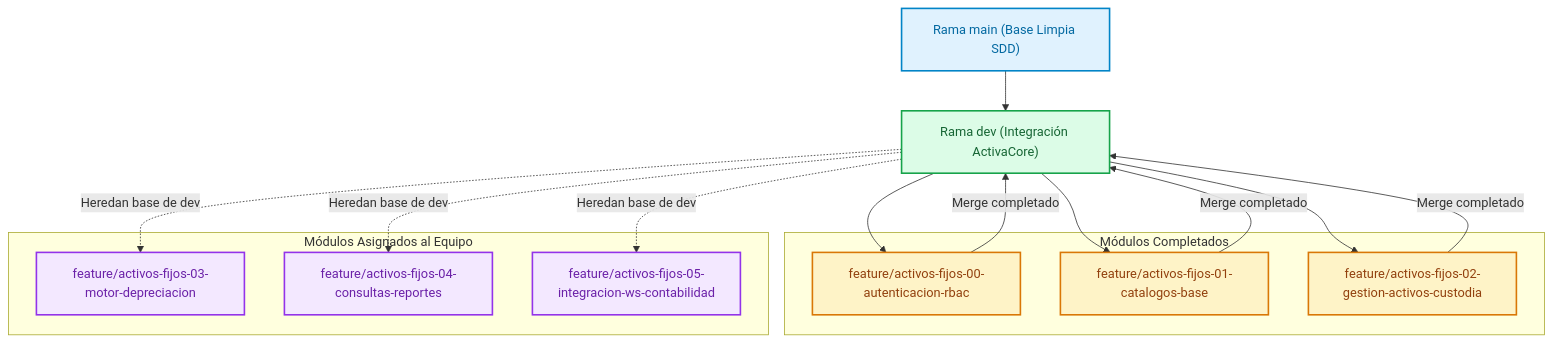
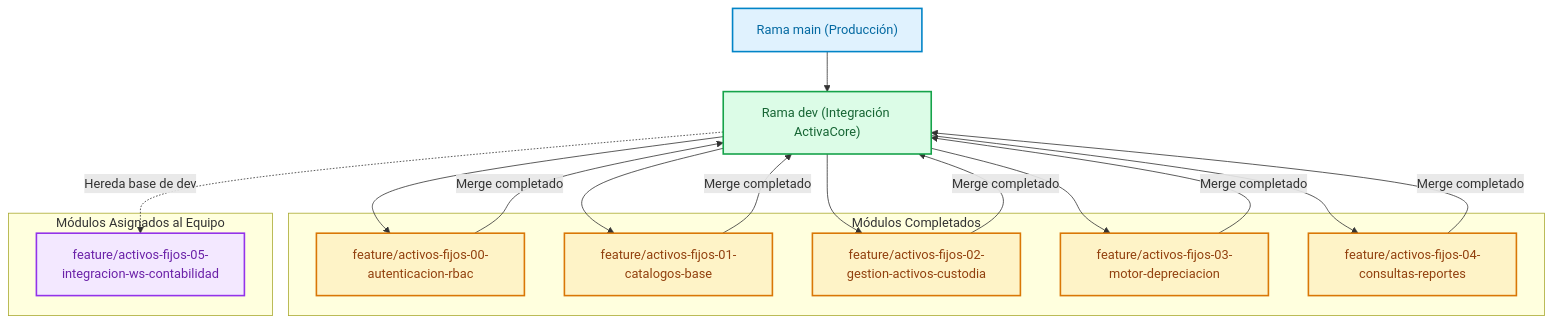
One commit to JeremyJS20/activa_core changed the diagram in README.md. Above: the diagram before and after it, drawn with Mermaid. The commit also changed other lines of this file, not shown here.

````diff
--- a/README.md
+++ b/README.md
@@ -43,30 +43,30 @@
 ```mermaid
 flowchart TD
     classDef mainStyle fill:#e0f2fe,stroke:#0284c7,stroke-width:2px,color:#0369a1;
     classDef devStyle fill:#dcfce7,stroke:#16a34a,stroke-width:2px,color:#166534;
     classDef doneStyle fill:#fef3c7,stroke:#d97706,stroke-width:2px,color:#92400e;
     classDef pendStyle fill:#f3e8ff,stroke:#9333ea,stroke-width:2px,color:#6b21a8;
 
-    Main["Rama main (Base Limpia SDD)"]:::mainStyle
+    Main["Rama main (Producción)"]:::mainStyle
     Dev["Rama dev (Integración ActivaCore)"]:::devStyle
 
     subgraph ModulosListos["Módulos Completados"]
         F00["feature/activos-fijos-00-autenticacion-rbac"]:::doneStyle
         F01["feature/activos-fijos-01-catalogos-base"]:::doneStyle
         F02["feature/activos-fijos-02-gestion-activos-custodia"]:::doneStyle
+        F03["feature/activos-fijos-03-motor-depreciacion"]:::doneStyle
+        F04["feature/activos-fijos-04-consultas-reportes"]:::doneStyle
     end
 
     subgraph ModulosEquipo["Módulos Asignados al Equipo"]
-        F03["feature/activos-fijos-03-motor-depreciacion"]:::pendStyle
-        F04["feature/activos-fijos-04-consultas-reportes"]:::pendStyle
         F05["feature/activos-fijos-05-integracion-ws-contabilidad"]:::pendStyle
     end
 
     Main --> Dev
     Dev --> F00 -->|Merge completado| Dev
     Dev --> F01 -->|Merge completado| Dev
     Dev --> F02 -->|Merge completado| Dev
-    Dev -.->|Heredan base de dev| F03
-    Dev -.->|Heredan base de dev| F04
-    Dev -.->|Heredan base de dev| F05
+    Dev --> F03 -->|Merge completado| Dev
+    Dev --> F04 -->|Merge completado| Dev
+    Dev -.->|Hereda base de dev| F05
 ```
````
